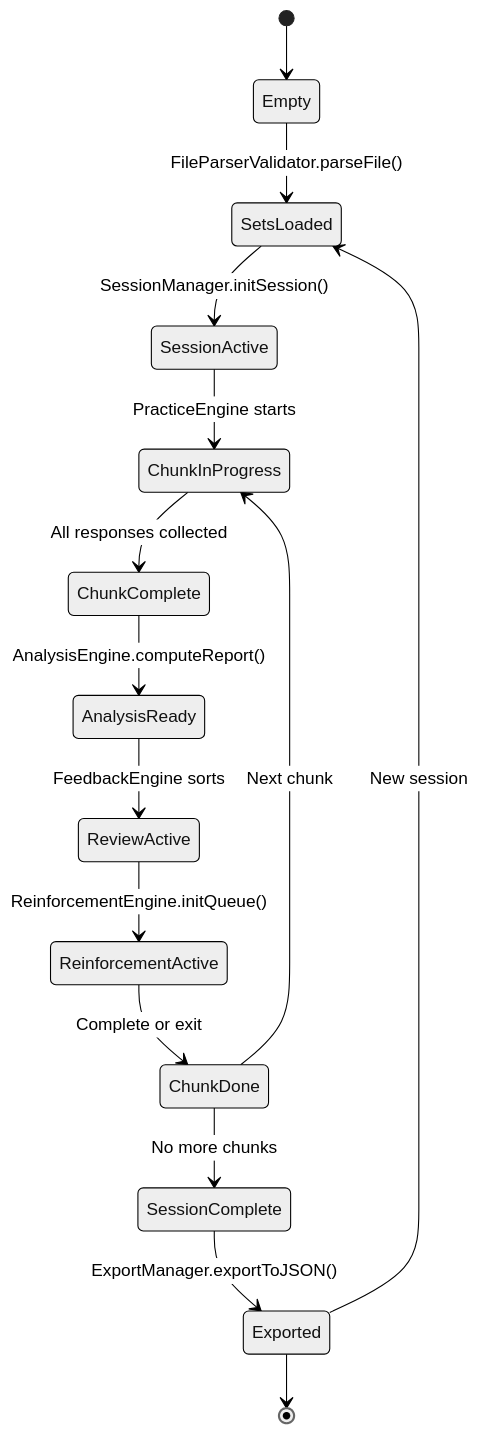
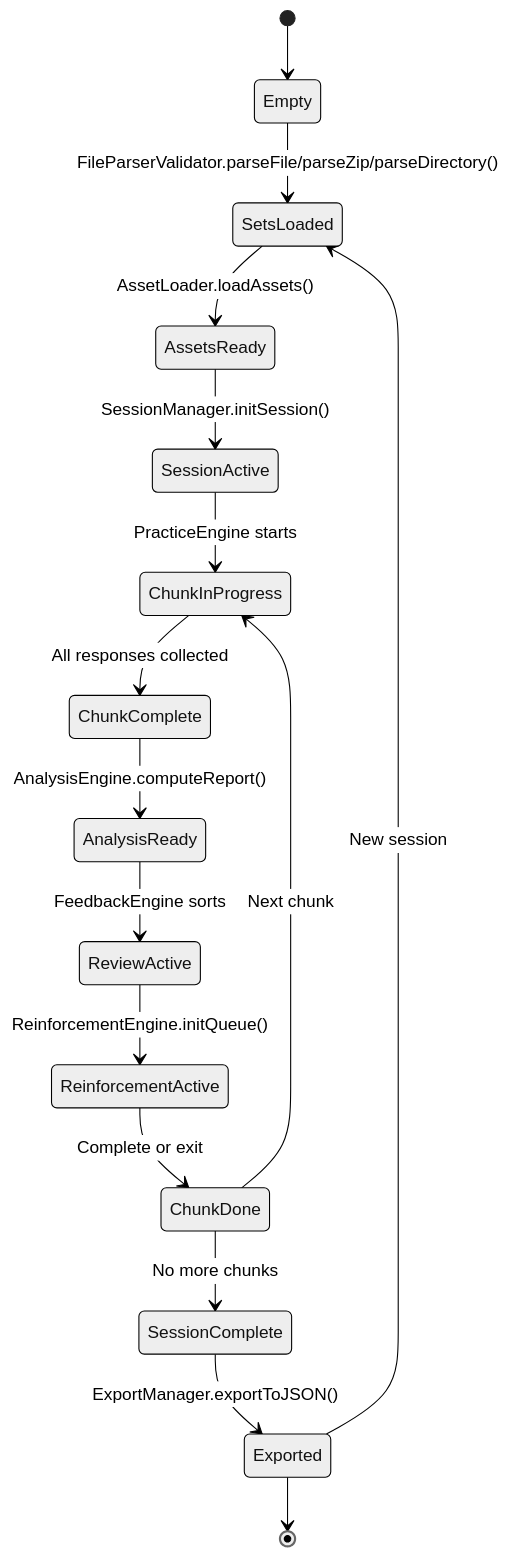
The third of 3 diagrams in 3_Architecture/4_Component_Architecture.md (jaynote001/MCQTool), drawn with Mermaid (neutral theme) before and after one commit. The commit also changed other lines of this file and 3 other files, not shown here.

Commit message:
Update Architecture Diagrams

````diff
--- a/3_Architecture/4_Component_Architecture.md
+++ b/3_Architecture/4_Component_Architecture.md
@@ -293,17 +361,18 @@
 ```mermaid
 stateDiagram-v2
     [*] --> Empty
-    Empty --> SetsLoaded: FileParserValidator.parseFile()
-    SetsLoaded --> SessionActive: SessionManager.initSession()
+    Empty --> SetsLoaded: FileParserValidator.parseFile/parseZip/parseDirectory()
+    SetsLoaded --> AssetsReady: AssetLoader.loadAssets()
+    AssetsReady --> SessionActive: SessionManager.initSession()
     SessionActive --> ChunkInProgress: PracticeEngine starts
     ChunkInProgress --> ChunkComplete: All responses collected
     ChunkComplete --> AnalysisReady: AnalysisEngine.computeReport()
     AnalysisReady --> ReviewActive: FeedbackEngine sorts
     ReviewActive --> ReinforcementActive: ReinforcementEngine.initQueue()
     ReinforcementActive --> ChunkDone: Complete or exit
     ChunkDone --> ChunkInProgress: Next chunk
     ChunkDone --> SessionComplete: No more chunks
     SessionComplete --> Exported: ExportManager.exportToJSON()
     Exported --> [*]
     Exported --> SetsLoaded: New session
 ```
````
